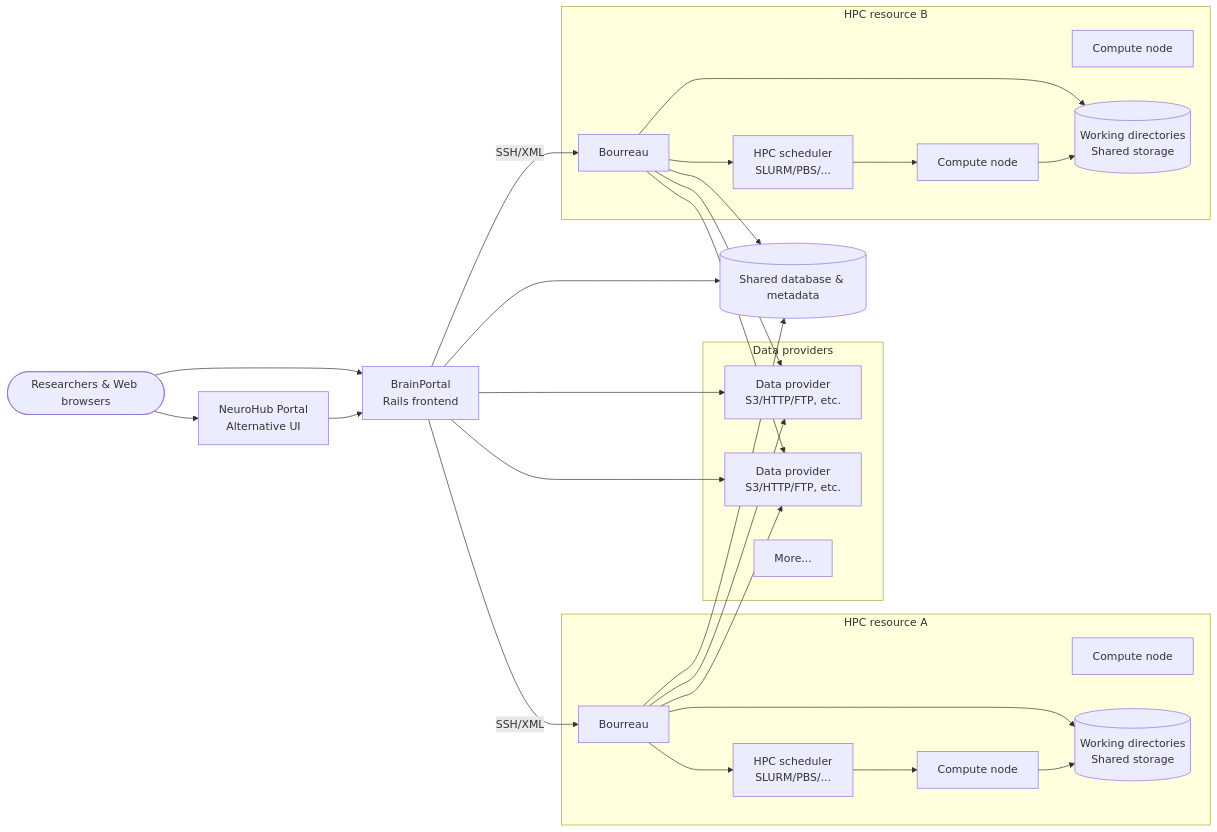
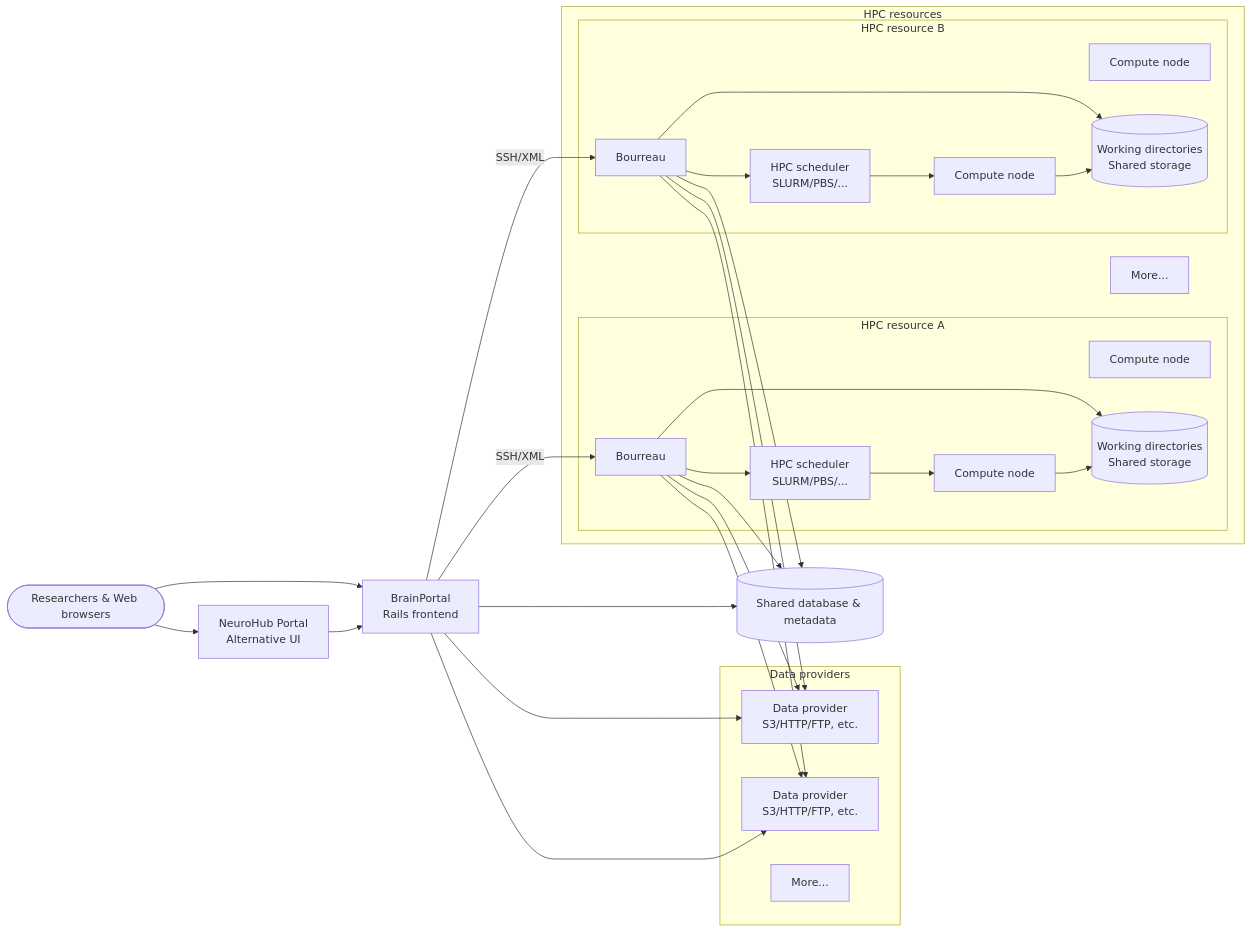
One commit to aces/cbrain changed the diagram in README.md. Above: the diagram before and after it, drawn with Mermaid.

Commit message:
Group HPC resources in diagram

````diff
--- a/README.md
+++ b/README.md
@@ -25,47 +25,50 @@
 ```mermaid
 flowchart LR
   Users([Researchers & Web browsers])
   NH[NeuroHub Portal<br/>Alternative UI]
   BP[BrainPortal<br/>Rails frontend]
   DB[(Shared database & metadata)]
   subgraph DataProviders[Data providers]
     DP1[Data provider<br/>S3/HTTP/FTP, etc.]
     DP2[Data provider<br/>S3/HTTP/FTP, etc.]
     DP3[More...]
   end
-  subgraph ResourceA[HPC resource A]
-    BO1[Bourreau]
-    Sched1[HPC scheduler<br/>SLURM/PBS/...]
-    Compute1[Compute node]
-    Compute2[Compute node]
-    Scratch1[(Working directories<br/>Shared storage)]
-  end
-  subgraph ResourceB[HPC resource B]
-    BO2[Bourreau]
-    Sched2[HPC scheduler<br/>SLURM/PBS/...]
-    Compute3[Compute node]
-    Compute4[Compute node]
-    Scratch2[(Working directories<br/>Shared storage)]
+  subgraph HPCResources[HPC resources]
+    subgraph ResourceA[HPC resource A]
+      BO1[Bourreau]
+      Sched1[HPC scheduler<br/>SLURM/PBS/...]
+      Compute1[Compute node]
+      Compute2[Compute node]
+      Scratch1[(Working directories<br/>Shared storage)]
+    end
+    subgraph ResourceB[HPC resource B]
+      BO2[Bourreau]
+      Sched2[HPC scheduler<br/>SLURM/PBS/...]
+      Compute3[Compute node]
+      Compute4[Compute node]
+      Scratch2[(Working directories<br/>Shared storage)]
+    end
+    ResourceMore[More...]
   end
 
   Users --> BP
   Users --> NH
   NH --> BP
   BP --> DB
   BP --> DP1
   BP --> DP2
   BP -->|SSH/XML| BO1
   BP -->|SSH/XML| BO2
   BO1 --> DP1
   BO1 --> DP2
   BO2 --> DP1
   BO2 --> DP2
   BO1 --> DB
   BO2 --> DB
   BO1 --> Sched1 --> Compute1
   BO2 --> Sched2 --> Compute3
   BO1 --> Scratch1
   BO2 --> Scratch2
   Compute1 --> Scratch1
   Compute3 --> Scratch2
 ```
````
